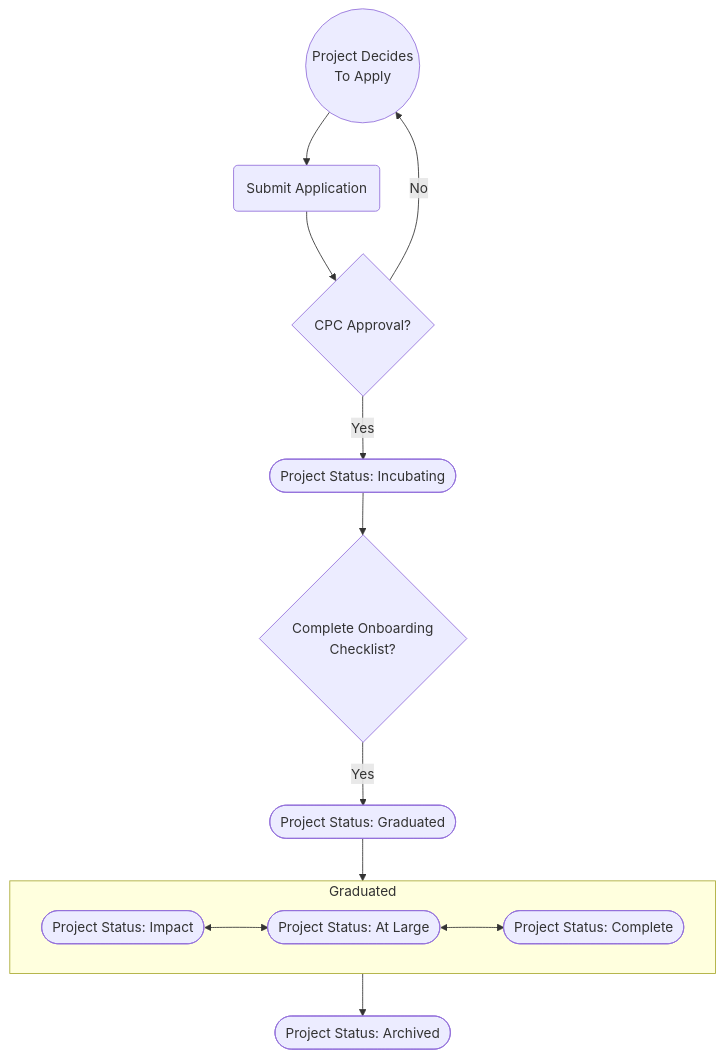
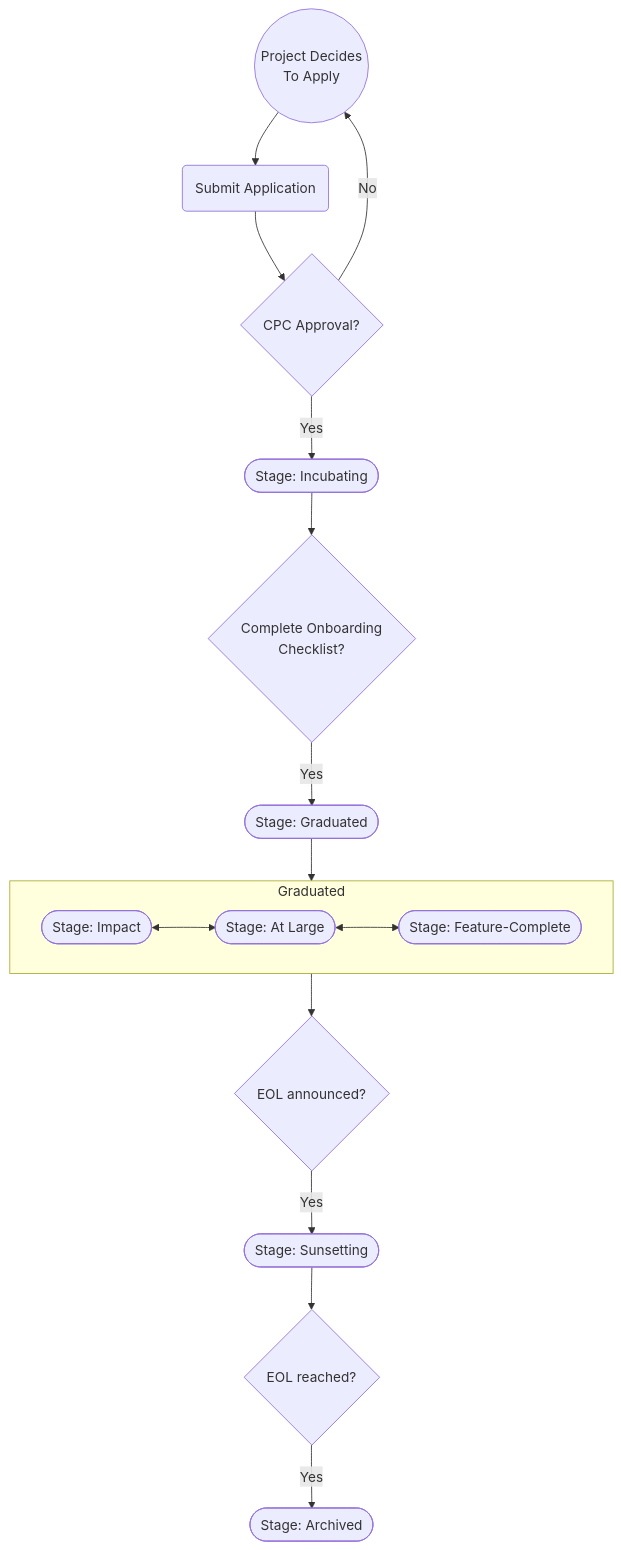
One commit to openjs-foundation/cross-project-council changed the diagram in PROJECT_PROGRESSION.md. Above: the diagram before and after it, drawn with Mermaid. The commit also changed other lines of this file, not shown here.

First line of the commit message:
Rename "Complete" project stage to "Feature-Complete", add new "Sunsetting" stage (#1654)

````diff
--- a/PROJECT_PROGRESSION.md
+++ b/PROJECT_PROGRESSION.md
@@ -17,18 +17,20 @@
 ```mermaid
 
 flowchart TD
     A((Project Decides\nTo Apply)) --> 
     B(Submit Application)
     B --> C{CPC Approval?}    
     C --> |No|A
-    C --> |Yes|D([Project Status: Incubating])
+    C --> |Yes|D([Stage: Incubating])
     D --> E{Complete Onboarding\n Checklist?}
-    E --> |Yes|F([Project Status: Graduated])
+    E --> |Yes|F([Stage: Graduated])
     F --> Graduated 
     subgraph Graduated
        direction LR
-       a([Project Status: Impact]) <--> b([Project Status: At Large])
-       b <--> c([Project Status: Complete])
+       a([Stage: Impact]) <--> b([Stage: At Large]) <--> G([Stage: Feature-Complete])
     end
-    Graduated --> I([Project Status: Archived])
+    Graduated --> J{EOL announced?}
+    J --> |Yes| H([Stage: Sunsetting])
+    H --> K{EOL reached?}
+    K --> |Yes| I([Stage: Archived])
 ```
````
